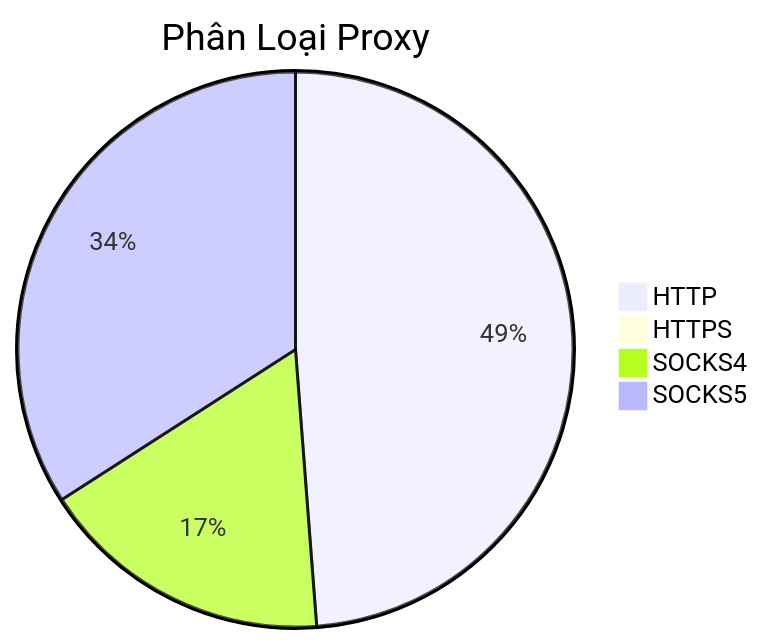
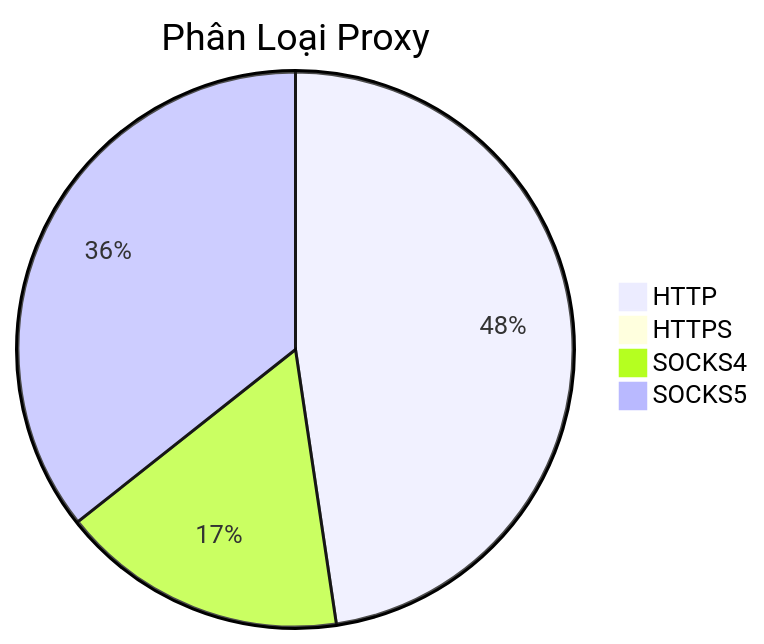
The diagram in README.md (Ciara-12/PROXY-free), drawn with Mermaid before and after one commit. The commit also changed other lines of this file and 3 other files, not shown here.

````diff
--- a/README.md
+++ b/README.md
@@ -26,7 +26,7 @@
 ```mermaid
 pie title Phân Loại Proxy
-    "HTTP" : 923
+    "HTTP" : 759
     "HTTPS" : 0
-    "SOCKS4" : 324
-    "SOCKS5" : 645
+    "SOCKS4" : 266
+    "SOCKS5" : 568
 ```
````
